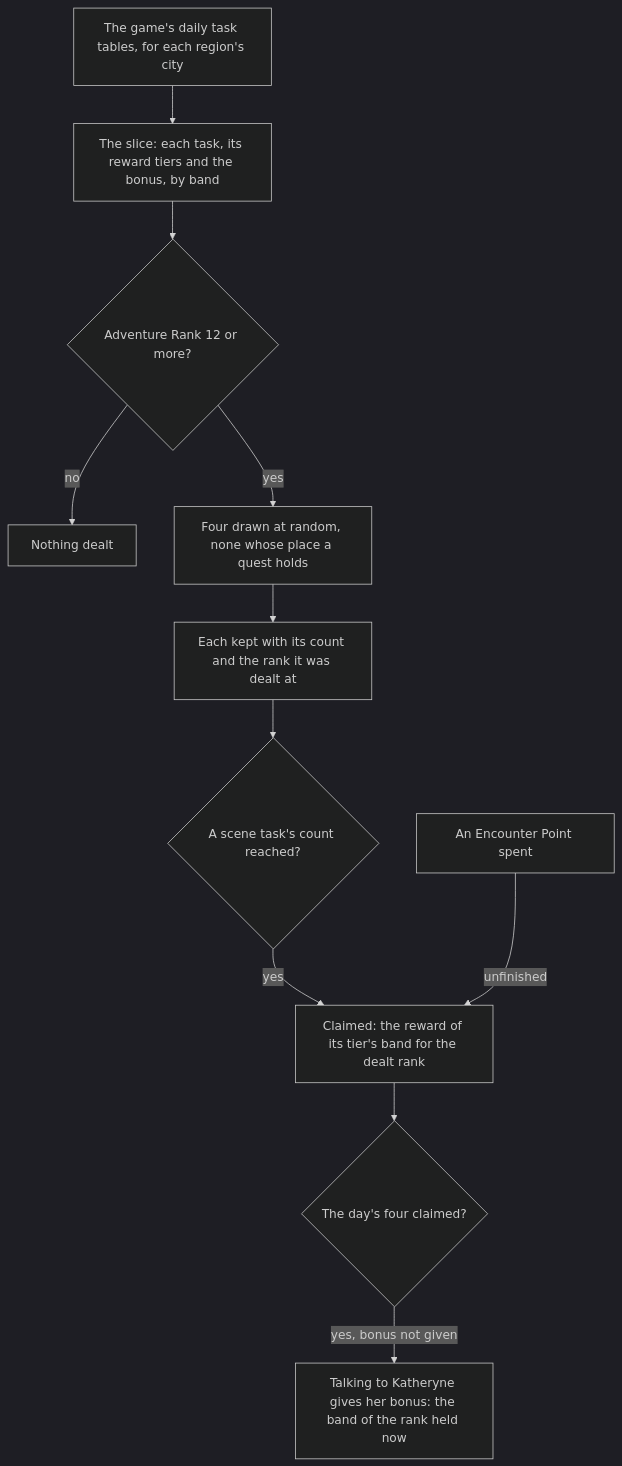
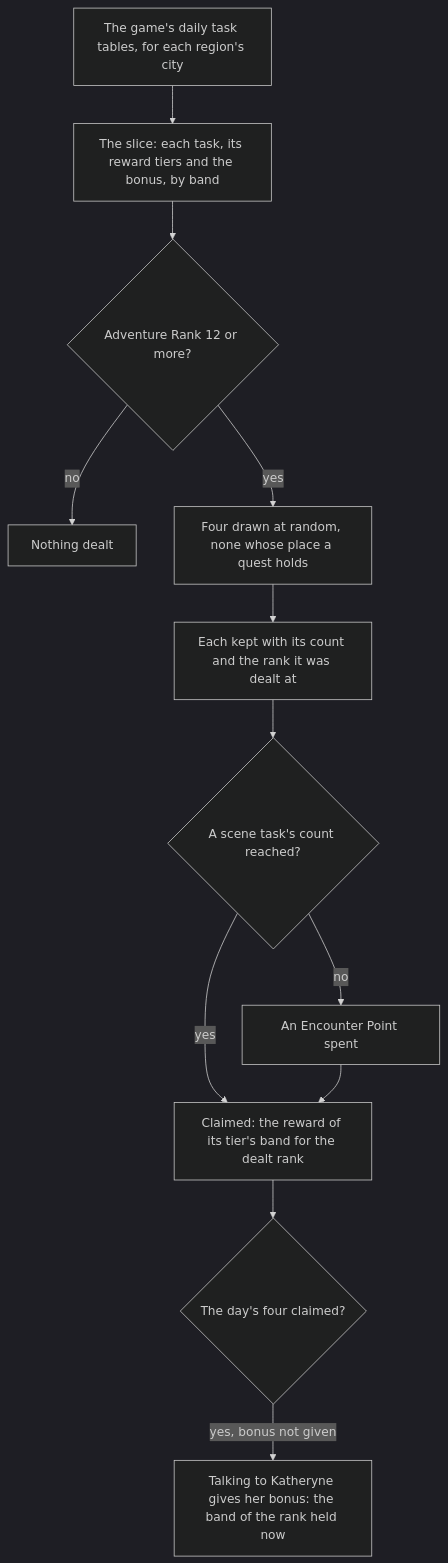
Before and after one commit to Esposter/Esposter: the diagram in openspec/specs/genshin/commissions/design.md, drawn with Mermaid (dark theme). The commit also changed other lines of this file, not shown here.

First line of the commit message:
docs(openspec): commissions design routes its unfinished claim through the diagram, not an orphan node, and takes two Open items from its spec

````diff
--- a/openspec/specs/genshin/commissions/design.md
+++ b/openspec/specs/genshin/commissions/design.md
@@ -7,13 +7,14 @@
 ```mermaid
 flowchart TD
   T["The game's daily task tables, for each region's city"] --> S["The slice: each task, its reward tiers and the bonus, by band"]
   S --> RANK{"Adventure Rank 12 or more?"}
   RANK -->|"no"| NONE["Nothing dealt"]
   RANK -->|"yes"| DEAL["Four drawn at random, none whose place a quest holds"]
   DEAL --> KEPT["Each kept with its count and the rank it was dealt at"]
   KEPT --> FIN{"A scene task's count reached?"}
   FIN -->|"yes"| CLAIM["Claimed: the reward of its tier's band for the dealt rank"]
-  POINT["An Encounter Point spent"] -->|"unfinished"| CLAIM
+  FIN -->|"no"| POINT["An Encounter Point spent"]
+  POINT --> CLAIM
   CLAIM --> FOURTH{"The day's four claimed?"}
   FOURTH -->|"yes, bonus not given"| BONUS["Talking to Katheryne gives her bonus: the band of the rank held now"]
 ```
````
